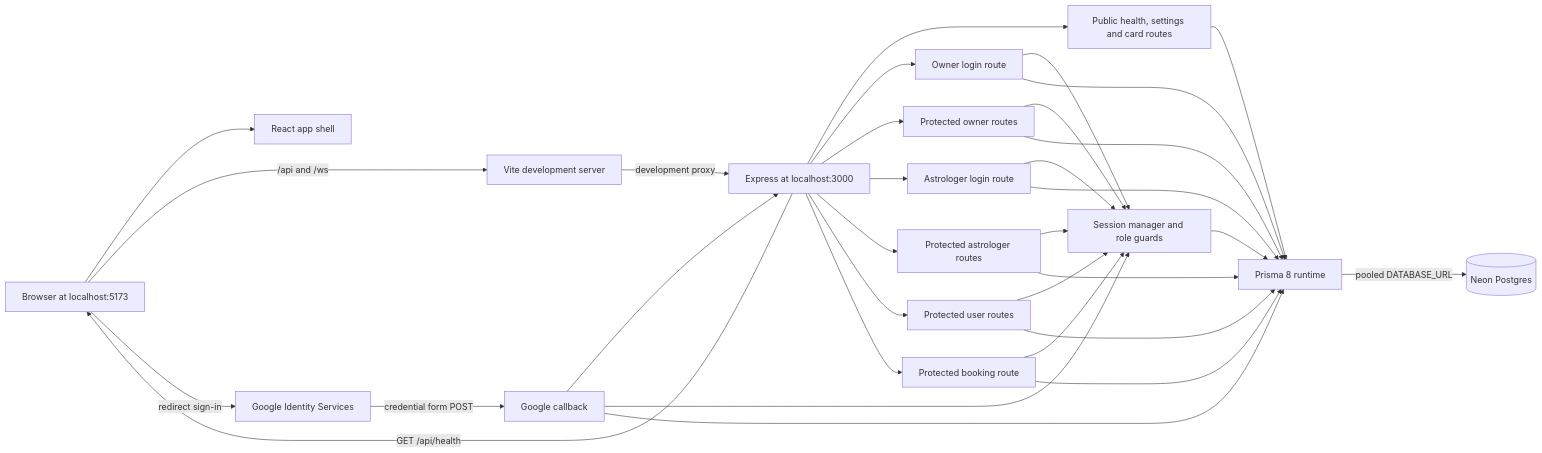
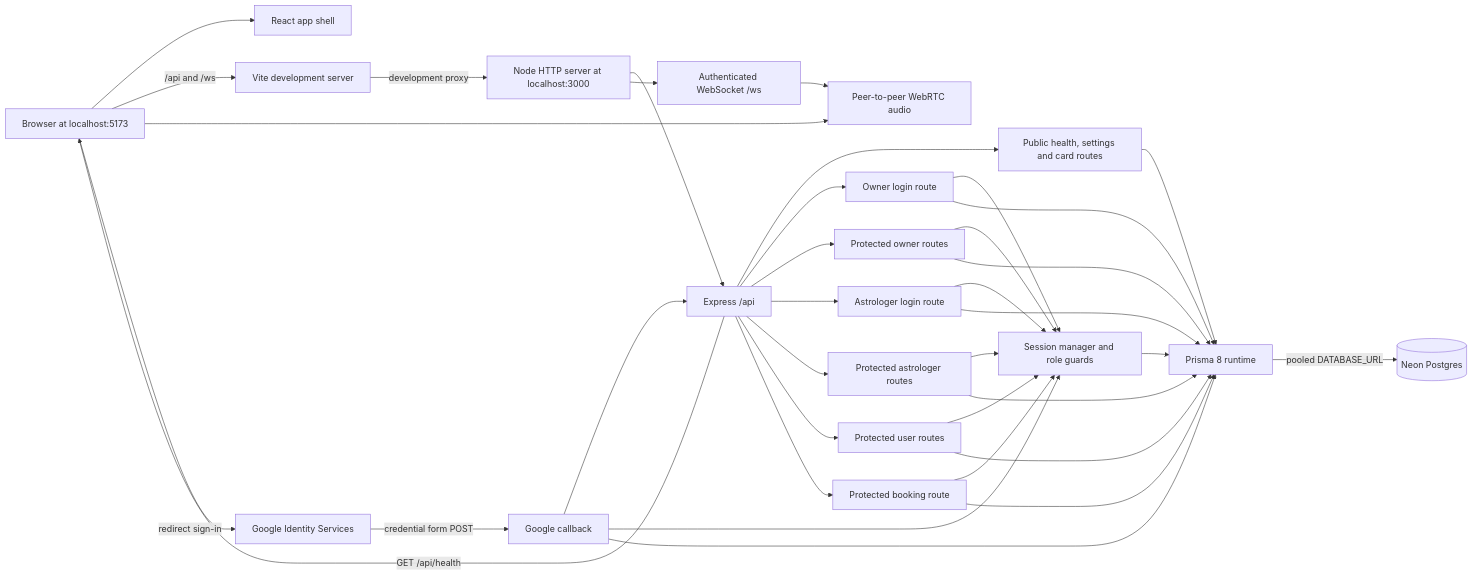
Before and after one commit to Yash1927/AstroWeb-App: the first of 7 diagrams in docs/ARCHITECTURE.md, drawn with Mermaid. The commit also changed other lines of this file and 24 other files, not shown here.

````diff
--- a/docs/ARCHITECTURE.md
+++ b/docs/ARCHITECTURE.md
@@ -20,51 +20,58 @@
 ```mermaid
 flowchart LR
     Browser[Browser at localhost:5173]
     React[React app shell]
     Vite[Vite development server]
-    Express[Express at localhost:3000]
+    Server[Node HTTP server at localhost:3000]
+    Express[Express /api]
+    Realtime[Authenticated WebSocket /ws]
+    WebRTC[Peer-to-peer WebRTC audio]
     Public[Public health, settings and card routes]
     OwnerAuth[Owner login route]
     Owner[Protected owner routes]
     AstroAuth[Astrologer login route]
     Astrologer[Protected astrologer routes]
     Google[Google Identity Services]
     UserAuth[Google callback]
     User[Protected user routes]
     Booking[Protected booking route]
     Session[Session manager and role guards]
     Prisma[Prisma 8 runtime]
     Neon[(Neon Postgres)]
 
     Browser --> React
     Browser -->|/api and /ws| Vite
-    Vite -->|development proxy| Express
+    Vite -->|development proxy| Server
+    Server --> Express
+    Server --> Realtime
+    Realtime --> WebRTC
+    Browser --> WebRTC
     Express -->|GET /api/health| Browser
     Express --> Public
     Express --> OwnerAuth
     Express --> Owner
     Express --> AstroAuth
     Express --> Astrologer
     Browser -->|redirect sign-in| Google
     Google -->|credential form POST| UserAuth
     UserAuth --> Express
     Express --> User
     Express --> Booking
     OwnerAuth --> Session
     Owner --> Session
     AstroAuth --> Session
     Astrologer --> Session
     UserAuth --> Session
     User --> Session
     Booking --> Session
     Session --> Prisma
     OwnerAuth --> Prisma
     Owner --> Prisma
     AstroAuth --> Prisma
     Astrologer --> Prisma
     UserAuth --> Prisma
     User --> Prisma
     Booking --> Prisma
     Public --> Prisma
     Prisma -->|pooled DATABASE_URL| Neon
 ```
````
